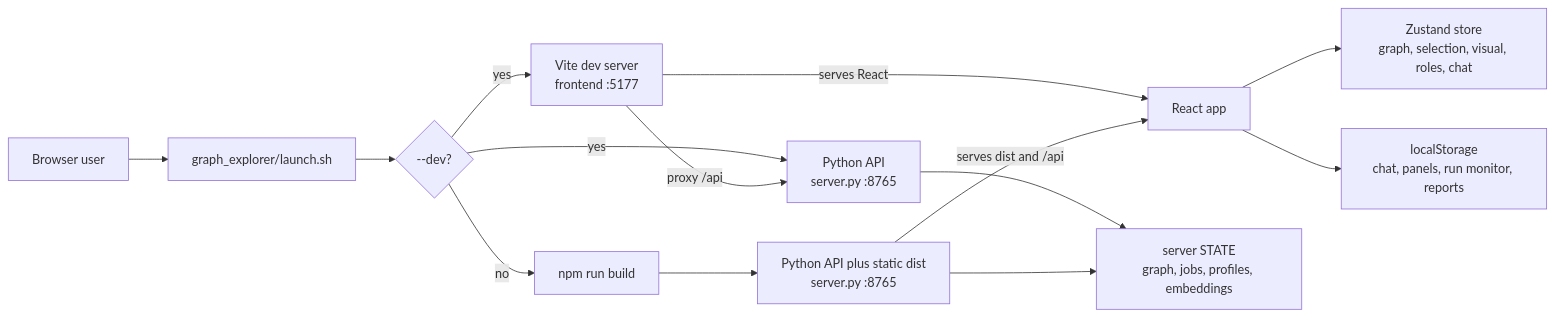
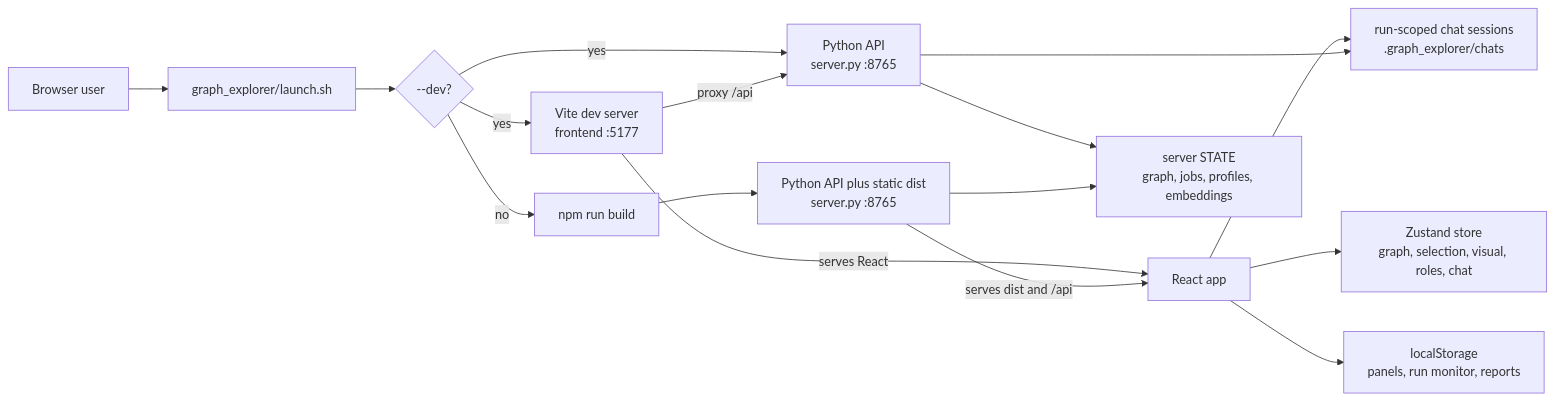
One commit to lamm-mit/graph-preflexor-grpo changed the first of 4 diagrams in ideation/graph_explorer/README.md. Above: the diagram before and after it, drawn with Mermaid. The commit also changed other lines of this file and 8 other files, not shown here.

Commit message:
Add durable graph explorer chat artifacts

````diff
--- a/ideation/graph_explorer/README.md
+++ b/ideation/graph_explorer/README.md
@@ -174,16 +186,18 @@
 ```mermaid
 flowchart LR
   User["Browser user"] --> Launcher["graph_explorer/launch.sh"]
   Launcher --> Mode{"--dev?"}
   Mode -->|yes| PythonAPI["Python API<br/>server.py :8765"]
   Mode -->|yes| Vite["Vite dev server<br/>frontend :5177"]
   Mode -->|no| Build["npm run build"]
   Build --> PythonStatic["Python API plus static dist<br/>server.py :8765"]
   Vite -->|proxy /api| PythonAPI
   Vite -->|serves React| ReactApp["React app"]
   PythonStatic -->|serves dist and /api| ReactApp
   ReactApp --> Store["Zustand store<br/>graph, selection, visual, roles, chat"]
-  ReactApp --> BrowserState["localStorage<br/>chat, panels, run monitor, reports"]
+  ReactApp --> BrowserState["localStorage<br/>panels, run monitor, reports"]
+  ReactApp --> ChatSessions["run-scoped chat sessions<br/>.graph_explorer/chats"]
   PythonAPI --> State["server STATE<br/>graph, jobs, profiles, embeddings"]
+  PythonAPI --> ChatSessions
   PythonStatic --> State
 ```
````
